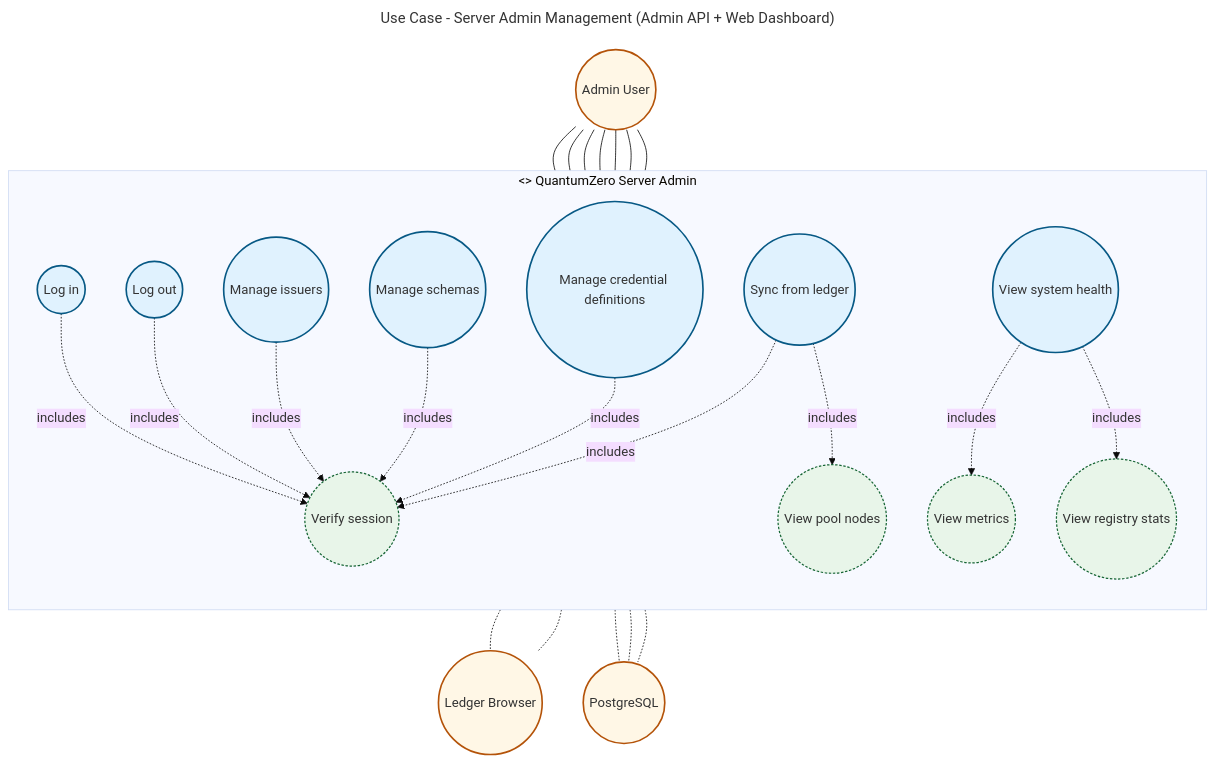
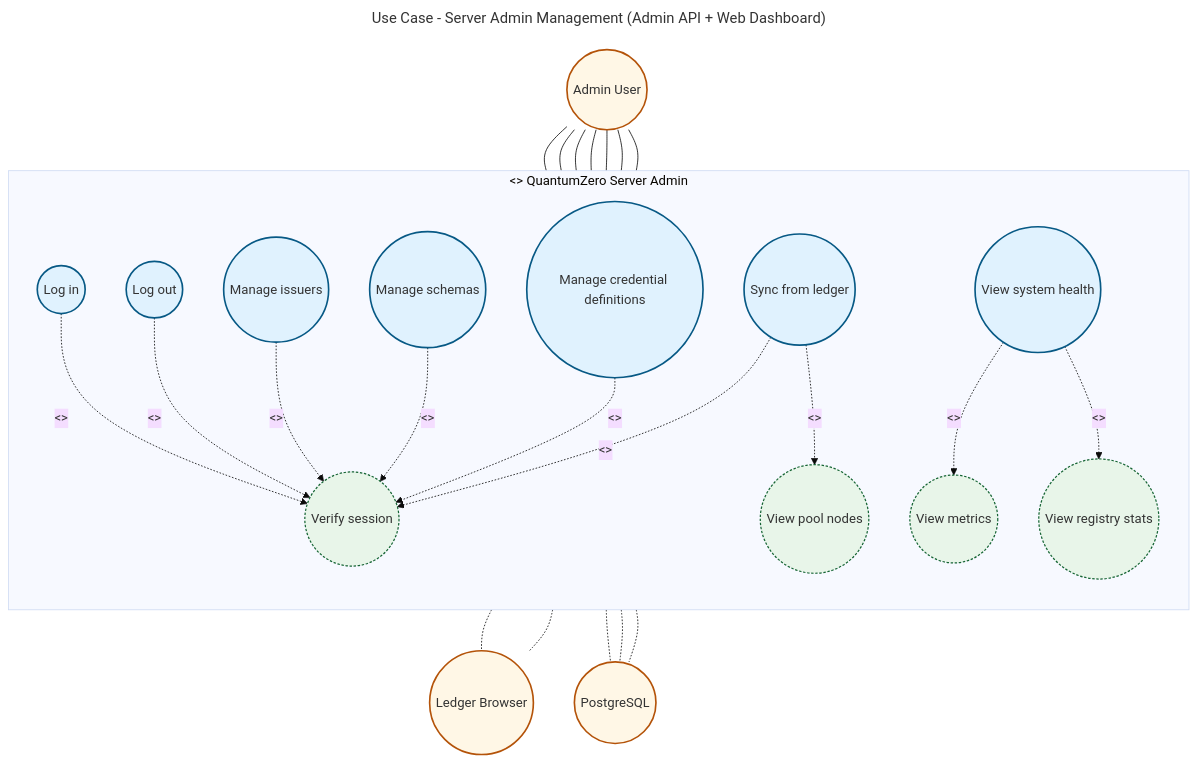
One commit to CHATEAUFORGE-LLC/QuantumZero changed the diagram in diagrams/usecase-server-admin-management.mmd. Above: the diagram before and after it, drawn with Mermaid. The commit also changed 53 other files, not shown here.

Commit message:
diagram refinement in preperation for sequence diagram review and enhancment

```diff
--- a/diagrams/usecase-server-admin-management.mmd
+++ b/diagrams/usecase-server-admin-management.mmd
@@ -1,70 +1,70 @@
 ---
 title: Use Case - Server Admin Management (Admin API + Web Dashboard)
 config:
   theme: base
 ---
 %% QuantumZero UML palette note: actors/external=#fff7e6/#b45309, system/component=#e0f2fe/#075985, datastore=#ecfccb/#4d7c0f, notes=#fff9c4/#d97706. Aligns diagrams to Deliverable 1 UML/DFD theme.
 %% Source of truth: QuantumZero-server/services/admin-api/src/handlers.rs and services/web-frontend/static/*
-%% See also (planned full suite): diagrams/usecase-server-api-suite.mmd
+%% Related: diagrams/usecase-server-api-suite.mmd
 flowchart TB
     classDef actor fill:#fff7e6,stroke:#b45309,stroke-width:2px
     classDef system fill:#eef2ff,stroke:#4338ca,stroke-width:2px
     classDef usecase fill:#e0f2fe,stroke:#075985,stroke-width:2px
     classDef supporting fill:#e8f5e9,stroke:#166534,stroke-width:1.5px,stroke-dasharray: 3 2
 
     %% Actors
     Admin((Admin User)):::actor
     Ledger((Ledger Browser)):::actor
     Postgres((PostgreSQL)):::actor
 
     %% System boundary
     subgraph QZAdmin["<<system>> QuantumZero Server Admin"]
         direction TB
 
         UC_Login(("Log in")):::usecase
         UC_Logout(("Log out")):::usecase
         UC_Verify(("Verify session")):::supporting
 
         UC_Issuers(("Manage issuers")):::usecase
         UC_Schemas(("Manage schemas")):::usecase
         UC_CredDefs(("Manage credential definitions")):::usecase
 
         UC_LedgerSync(("Sync from ledger")):::usecase
         UC_PoolNodes(("View pool nodes")):::supporting
 
         UC_Health(("View system health")):::usecase
         UC_Metrics(("View metrics")):::supporting
         UC_Stats(("View registry stats")):::supporting
 
         %% Relationships
-        UC_Login -. includes .-> UC_Verify
-        UC_Logout -. includes .-> UC_Verify
+        UC_Login -. <<include>> .-> UC_Verify
+        UC_Logout -. <<include>> .-> UC_Verify
 
-        UC_Issuers -. includes .-> UC_Verify
-        UC_Schemas -. includes .-> UC_Verify
-        UC_CredDefs -. includes .-> UC_Verify
+        UC_Issuers -. <<include>> .-> UC_Verify
+        UC_Schemas -. <<include>> .-> UC_Verify
+        UC_CredDefs -. <<include>> .-> UC_Verify
 
-        UC_LedgerSync -. includes .-> UC_Verify
-        UC_LedgerSync -. includes .-> UC_PoolNodes
+        UC_LedgerSync -. <<include>> .-> UC_Verify
+        UC_LedgerSync -. <<include>> .-> UC_PoolNodes
 
-        UC_Health -. includes .-> UC_Metrics
-        UC_Health -. includes .-> UC_Stats
+        UC_Health -. <<include>> .-> UC_Metrics
+        UC_Health -. <<include>> .-> UC_Stats
     end
 
     %% Actor associations
     Admin --- UC_Login
     Admin --- UC_Logout
     Admin --- UC_Issuers
     Admin --- UC_Schemas
     Admin --- UC_CredDefs
     Admin --- UC_LedgerSync
     Admin --- UC_Health
 
     %% Secondary actor associations
     UC_LedgerSync -.- Ledger
     UC_PoolNodes -.- Ledger
     UC_Issuers -.- Postgres
     UC_Schemas -.- Postgres
     UC_CredDefs -.- Postgres
 
     %% Metadata note content documented in DIAGRAMS.md
```
